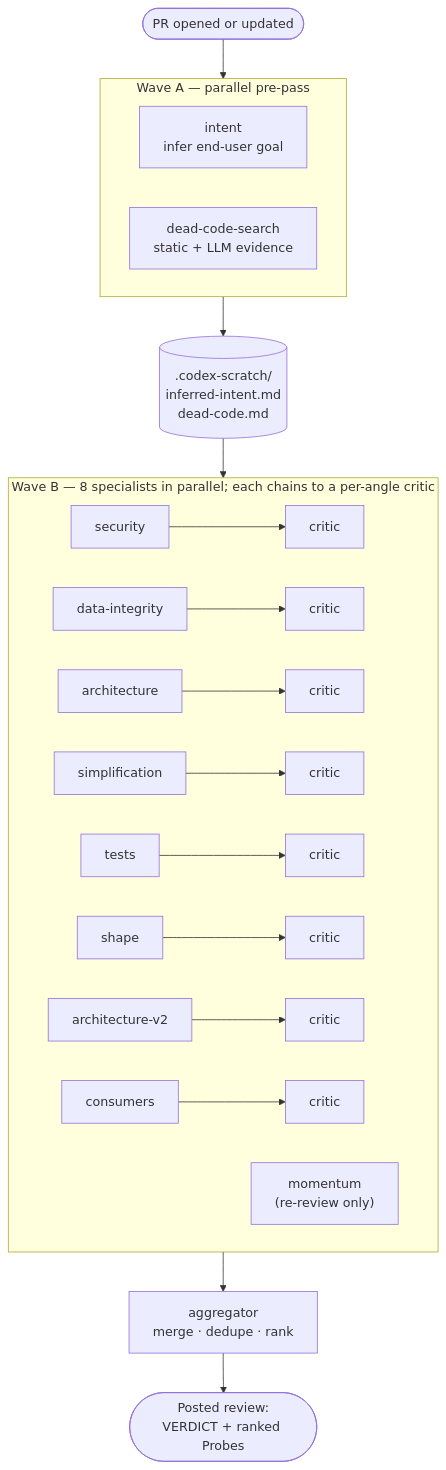
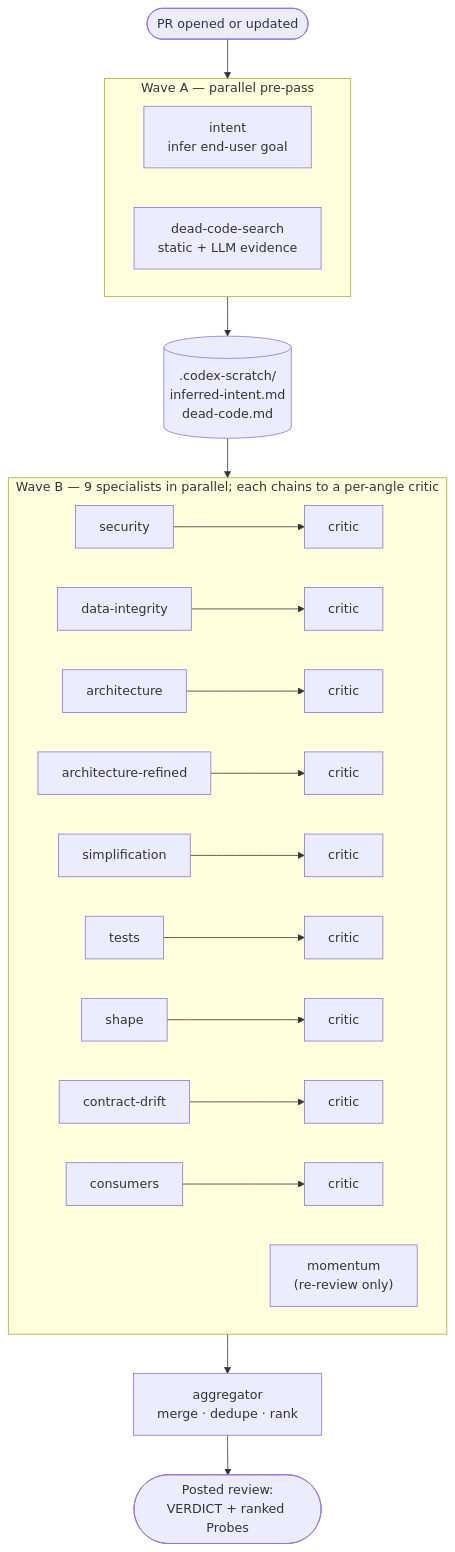
The diagram in README.md (plow-pbc/knightwatch-reviewer), drawn with Mermaid before and after one commit. The commit also changed other lines of this file and 7 other files, not shown here.

First line of the commit message:
feat(bakeoff): add architecture-refined variant; rename architecture-v2 → contract-drift

````diff
--- a/README.md
+++ b/README.md
@@ -34,29 +34,30 @@
 ```mermaid
 flowchart TB
     PR([PR opened or updated]) --> WA
 
     subgraph WA[Wave A — parallel pre-pass]
         direction LR
         intent[intent<br/>infer end-user goal]
         dcs[dead-code-search<br/>static + LLM evidence]
     end
 
     WA --> scratch[(.codex-scratch/<br/>inferred-intent.md<br/>dead-code.md)]
     scratch --> WB
 
-    subgraph WB[Wave B — 8 specialists in parallel; each chains to a per-angle critic]
+    subgraph WB[Wave B — 9 specialists in parallel; each chains to a per-angle critic]
         direction LR
         sec[security] --> ksec[critic]
         di[data-integrity] --> kdi[critic]
         arch[architecture] --> karch[critic]
+        archref["architecture-refined"] --> karchref[critic]
         simp[simplification] --> ksimp[critic]
         tst[tests] --> ktst[critic]
         shp[shape] --> kshp[critic]
-        archv2["architecture-v2"] --> karchv2[critic]
+        cd["contract-drift"] --> kcd[critic]
         cons[consumers] --> kcons[critic]
         mom["momentum<br/>(re-review only)"]
     end
 
     WB --> agg["aggregator<br/>merge · dedupe · rank"]
     agg --> out([Posted review:<br/>VERDICT + ranked Probes])
 ```
````
